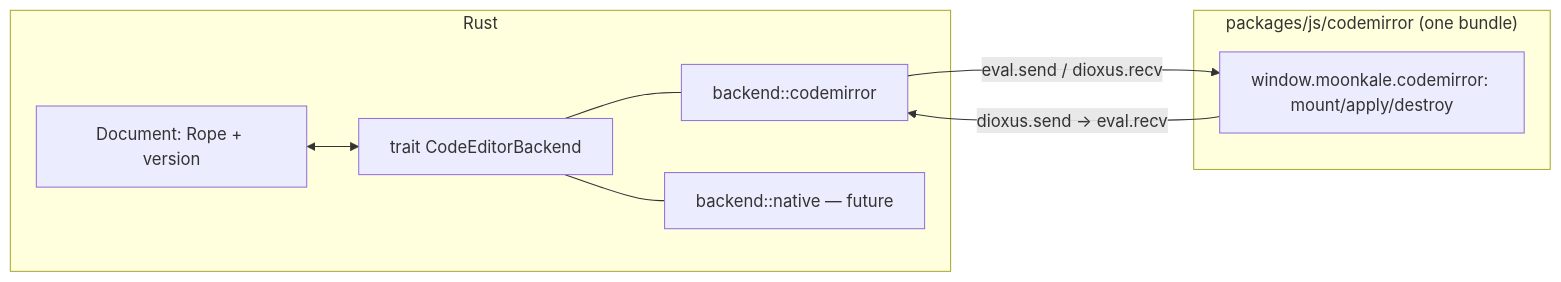
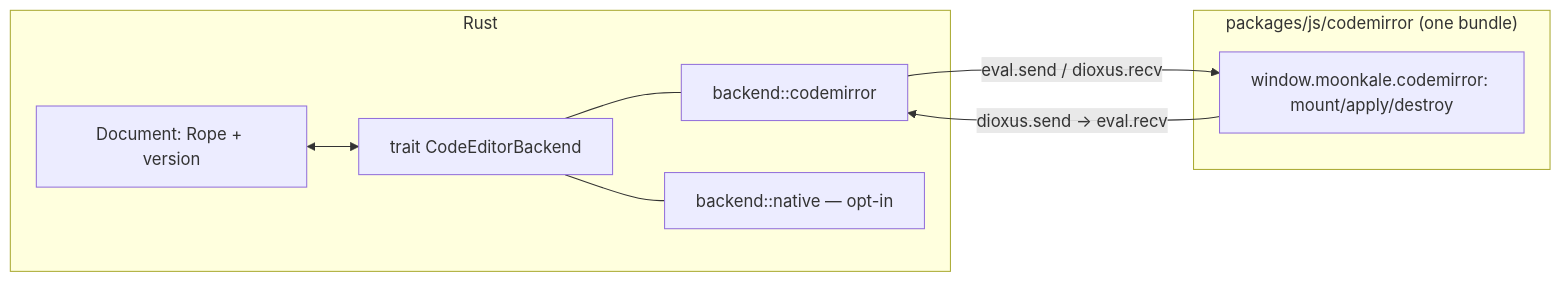
Before and after one commit to MathStruct/Moonkale: the diagram in markdown/architecture/JS Interop Boundary.md, drawn with Mermaid. The commit also changed other lines of this file and 17 other files, not shown here.

````diff
--- a/markdown/architecture/JS Interop Boundary.md
+++ b/markdown/architecture/JS Interop Boundary.md
@@ -9,17 +9,17 @@
 ```mermaid
 flowchart LR
   subgraph Rust
     D[Document: Rope + version]
     T["trait CodeEditorBackend"]
     CM[backend::codemirror]
-    NA[backend::native — future]
+    NA[backend::native — opt-in]
     D <--> T
     T --- CM
     T --- NA
   end
   subgraph JS["packages/js/codemirror (one bundle)"]
     W[window.moonkale.codemirror: mount/apply/destroy]
   end
   CM -- "eval.send / dioxus.recv" --> W
   W -- "dioxus.send → eval.recv" --> CM
 ```
````
